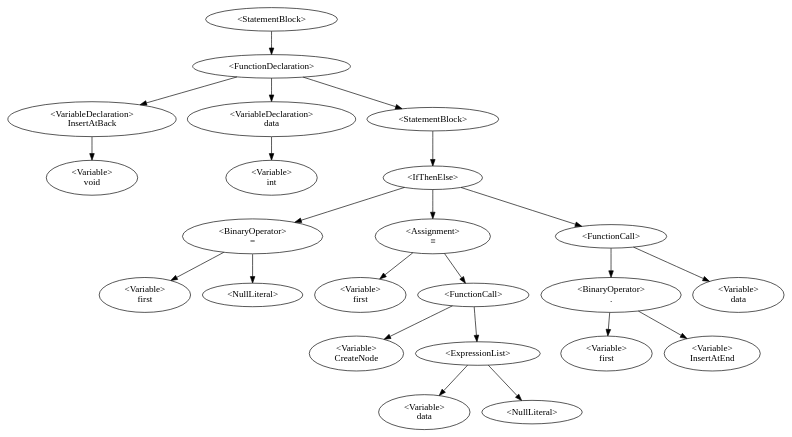
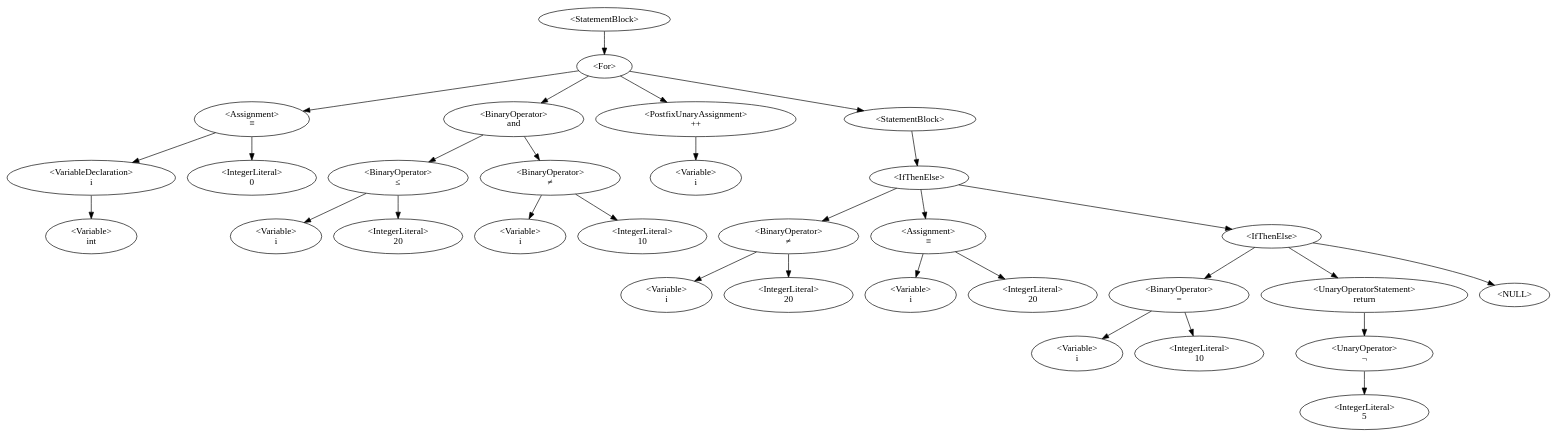
One commit to QazmoQwerty/dino changed the diagram in Dino/Dino/AstDisplay.gv. Above: the diagram before and after it, drawn with Graphviz. The commit also changed 2 other files, not shown here.

```diff
--- a/Dino/Dino/AstDisplay.gv
+++ b/Dino/Dino/AstDisplay.gv
@@ -1,25 +1,32 @@
 digraph G {
-0 [label="<StatementBlock>"];0->3;
-3 [label="<FunctionDeclaration>\n"];3->2;3->5;3->6;
-2 [label="<VariableDeclaration>\nInsertAtBack"];2->1;
-1 [label="<Variable>\nvoid"];
-5 [label="<VariableDeclaration>\ndata"];5->4;
-4 [label="<Variable>\nint"];
-6 [label="<StatementBlock>"];6->7;
-7 [label="<IfThenElse>"];7->9;7->12;7->21;
-9 [label="<BinaryOperator>\n="];9->8;9->10;
-8 [label="<Variable>\nfirst"];
-10 [label="<NullLiteral>"];
-12 [label="<Assignment>\n≡"];12->11;12->14;
-11 [label="<Variable>\nfirst"];
-14 [label="<FunctionCall>\n"];14->13;14->16;
-13 [label="<Variable>\nCreateNode"];
-16 [label="<ExpressionList>"];16->15;16->17;
-15 [label="<Variable>\ndata"];
-17 [label="<NullLiteral>"];
-21 [label="<FunctionCall>\n"];21->19;21->22;
-19 [label="<BinaryOperator>\n."];19->18;19->20;
-18 [label="<Variable>\nfirst"];
-20 [label="<Variable>\nInsertAtEnd"];
-22 [label="<Variable>\ndata"];
+0 [label="<StatementBlock>"];0->1;
+1 [label="<For>"];1->4;1->9;1->14;1->15;
+4 [label="<Assignment>\n≡"];4->3;4->5;
+3 [label="<VariableDeclaration>\ni"];3->2;
+2 [label="<Variable>\nint"];
+5 [label="<IntegerLiteral>\n0"];
+9 [label="<BinaryOperator>\nand"];9->7;9->11;
+7 [label="<BinaryOperator>\n≤"];7->6;7->8;
+6 [label="<Variable>\ni"];
+8 [label="<IntegerLiteral>\n20"];
+11 [label="<BinaryOperator>\n≠"];11->10;11->12;
+10 [label="<Variable>\ni"];
+12 [label="<IntegerLiteral>\n10"];
+14 [label="<PostfixUnaryAssignment>\n++"];14->13;
+13 [label="<Variable>\ni"];
+15 [label="<StatementBlock>"];15->16;
+16 [label="<IfThenElse>"];16->18;16->21;16->23;
+18 [label="<BinaryOperator>\n≠"];18->17;18->19;
+17 [label="<Variable>\ni"];
+19 [label="<IntegerLiteral>\n20"];
+21 [label="<Assignment>\n≡"];21->20;21->22;
+20 [label="<Variable>\ni"];
+22 [label="<IntegerLiteral>\n20"];
+23 [label="<IfThenElse>"];23->25;23->27;23->-1;-1 [label="<NULL>"];
+25 [label="<BinaryOperator>\n="];25->24;25->26;
+24 [label="<Variable>\ni"];
+26 [label="<IntegerLiteral>\n10"];
+27 [label="<UnaryOperatorStatement>\nreturn"];27->28;
+28 [label="<UnaryOperator>\n¬"];28->29;
+29 [label="<IntegerLiteral>\n5"];
 }
```
